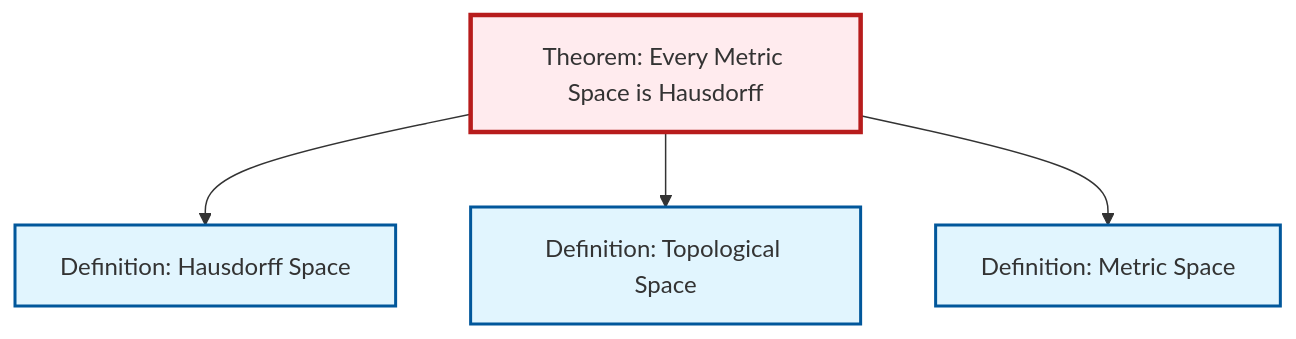
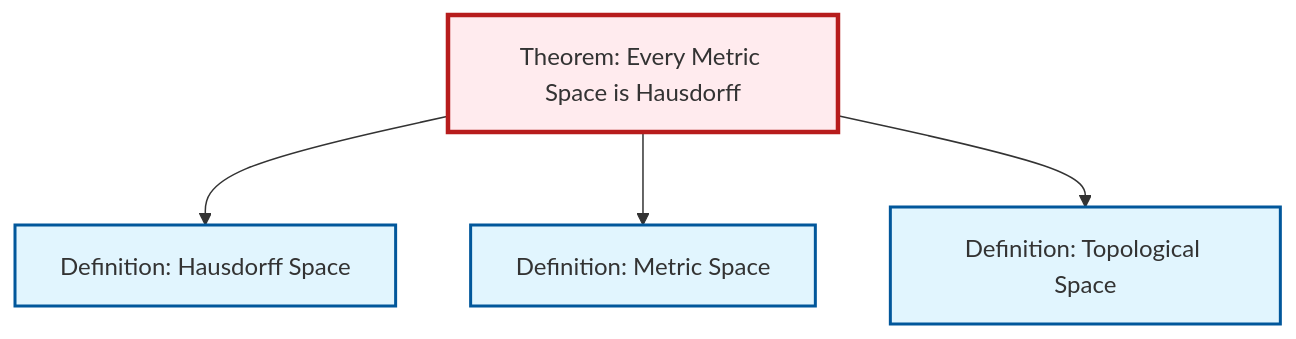
One commit to RK0429/ModernMath changed the diagram in output/mermaid/thm-metric-hausdorff.mermaid. Above: the diagram before and after it, drawn with Mermaid. The commit also changed other lines of this file and 1509 other files, not shown here.

```diff
--- a/output/mermaid/thm-metric-hausdorff.mermaid
+++ b/output/mermaid/thm-metric-hausdorff.mermaid
@@ -1,15 +1,15 @@
 %%| fig-cap: "Local dependency graph"
 graph TD
     classDef definition fill:#e1f5fe,stroke:#01579b,stroke-width:2px
     classDef theorem fill:#f3e5f5,stroke:#4a148c,stroke-width:2px
     classDef axiom fill:#fff3e0,stroke:#e65100,stroke-width:2px
     classDef example fill:#e8f5e9,stroke:#1b5e20,stroke-width:2px
     classDef current fill:#ffebee,stroke:#b71c1c,stroke-width:3px
     def-topological-space["Definition: Topological Space"]:::definition
+    def-metric-space["Definition: Metric Space"]:::definition
     thm-metric-hausdorff["Theorem: Every Metric Space is Hausdorff"]:::theorem
-    def-metric-space["Definition: Metric Space"]:::definition
     def-hausdorff["Definition: Hausdorff Space"]:::definition
     thm-metric-hausdorff --> def-hausdorff
+    thm-metric-hausdorff --> def-metric-space
     thm-metric-hausdorff --> def-topological-space
-    thm-metric-hausdorff --> def-metric-space
     class thm-metric-hausdorff current
```
